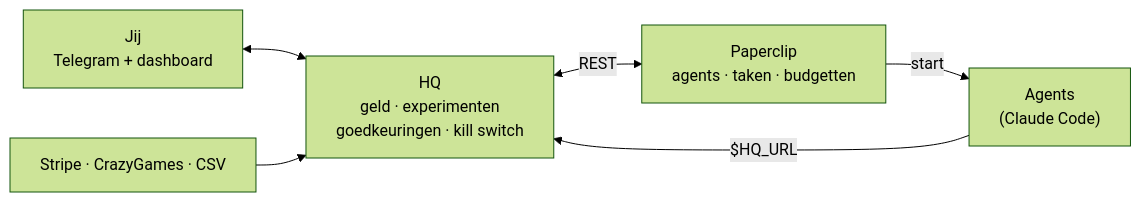
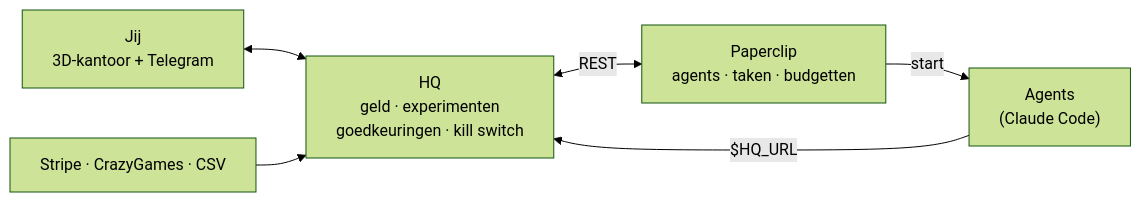
One commit to kalle342643/KK-Kalle changed the diagram in onderneming/README.md. Above: the diagram before and after it, drawn with Mermaid (forest theme). The commit also changed other lines of this file and 7 other files, not shown here.

First line of the commit message:
Docs en deploy: het kantoor, Graphify, en gratis servers (Oracle of thuis)

````diff
--- a/onderneming/README.md
+++ b/onderneming/README.md
@@ -7,8 +14,8 @@
 ```mermaid
 flowchart LR
-    K["Jij<br/>Telegram + dashboard"] <--> HQ["HQ<br/>geld · experimenten<br/>goedkeuringen · kill switch"]
+    K["Jij<br/>3D-kantoor + Telegram"] <--> HQ["HQ<br/>geld · experimenten<br/>goedkeuringen · kill switch"]
     HQ <-->|REST| P["Paperclip<br/>agents · taken · budgetten"]
     P -->|start| A["Agents<br/>(Claude Code)"]
     A -->|"$HQ_URL"| HQ
     S["Stripe · CrazyGames · CSV"] --> HQ
 ```
````
